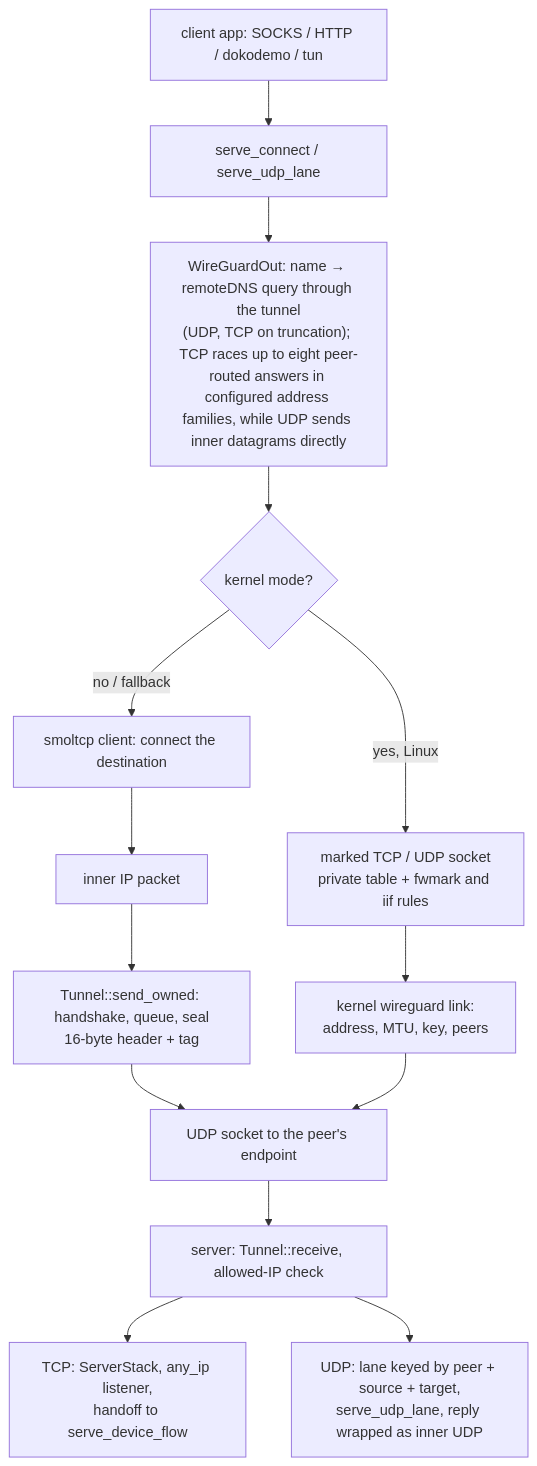
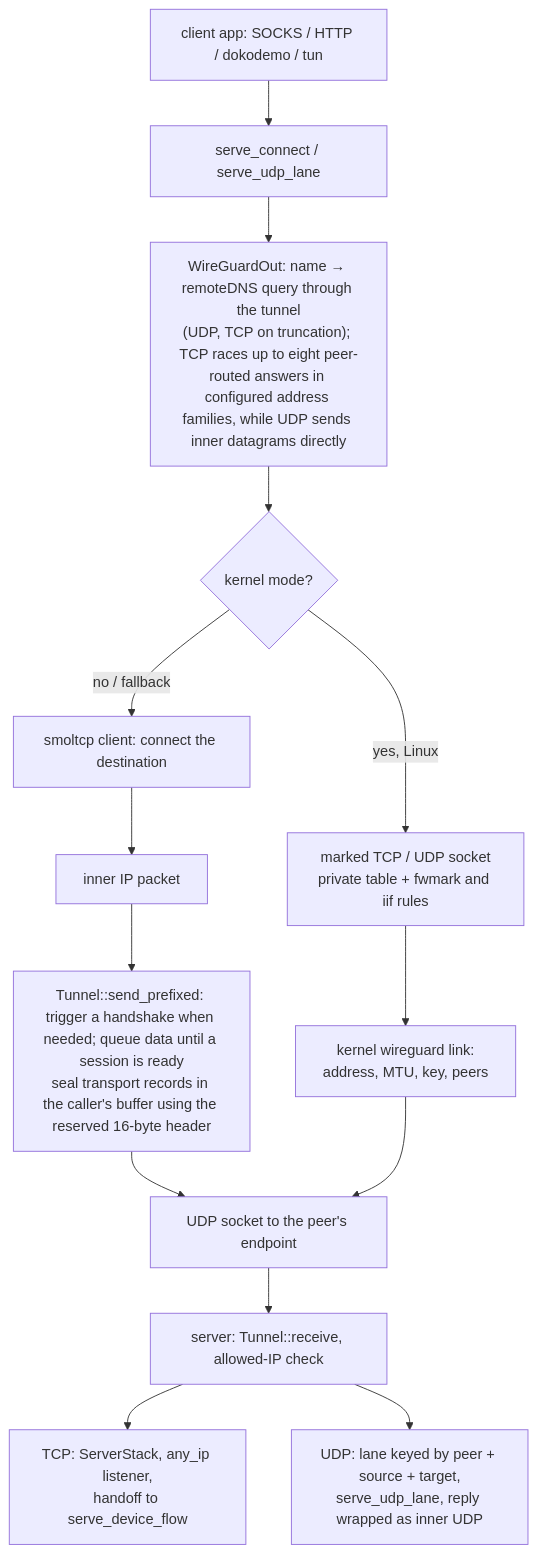
One commit to Ferrocite/ferrox changed the diagram in docs/function/wireguard.md. Above: the diagram before and after it, drawn with Mermaid. The commit also changed 9 other files, not shown here.

Commit message:
wireguard: seal the caller's packet instead of a second allocation

````diff
--- a/docs/function/wireguard.md
+++ b/docs/function/wireguard.md
@@ -23,16 +23,16 @@
 ```mermaid
 graph TD
     A["client app: SOCKS / HTTP / dokodemo / tun"] --> B["serve_connect / serve_udp_lane"]
     B --> C["WireGuardOut: name → remoteDNS query through the tunnel<br/>(UDP, TCP on truncation); TCP races up to eight peer-routed answers in configured address families, while UDP sends inner datagrams directly"]
     C --> K{"kernel mode?"}
     K -->|yes, Linux| L["marked TCP / UDP socket<br/>private table + fwmark and iif rules"]
     L --> M["kernel wireguard link:<br/>address, MTU, key, peers"]
     K -->|no / fallback| N["smoltcp client: connect the destination"]
     N --> D["inner IP packet"]
-    D --> E["Tunnel::send_owned: handshake, queue, seal<br/>16-byte header + tag"]
+    D --> E["Tunnel::send_prefixed: trigger a handshake when needed; queue data until a session is ready<br/>seal transport records in the caller's buffer using the reserved 16-byte header"]
     E --> F["UDP socket to the peer's endpoint"]
     M --> F
     F --> G["server: Tunnel::receive, allowed-IP check"]
     G --> H["TCP: ServerStack, any_ip listener,<br/>handoff to serve_device_flow"]
     G --> I["UDP: lane keyed by peer + source + target,<br/>serve_udp_lane, reply wrapped as inner UDP"]
 ```
````
